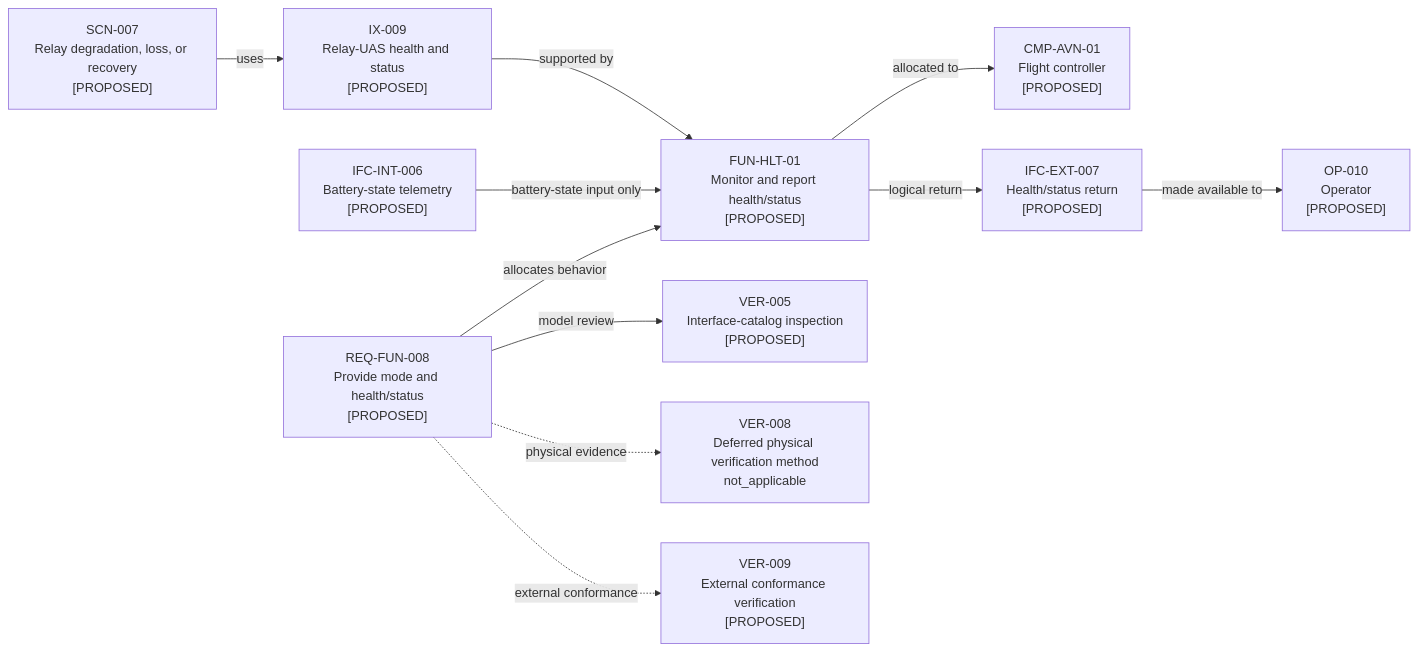
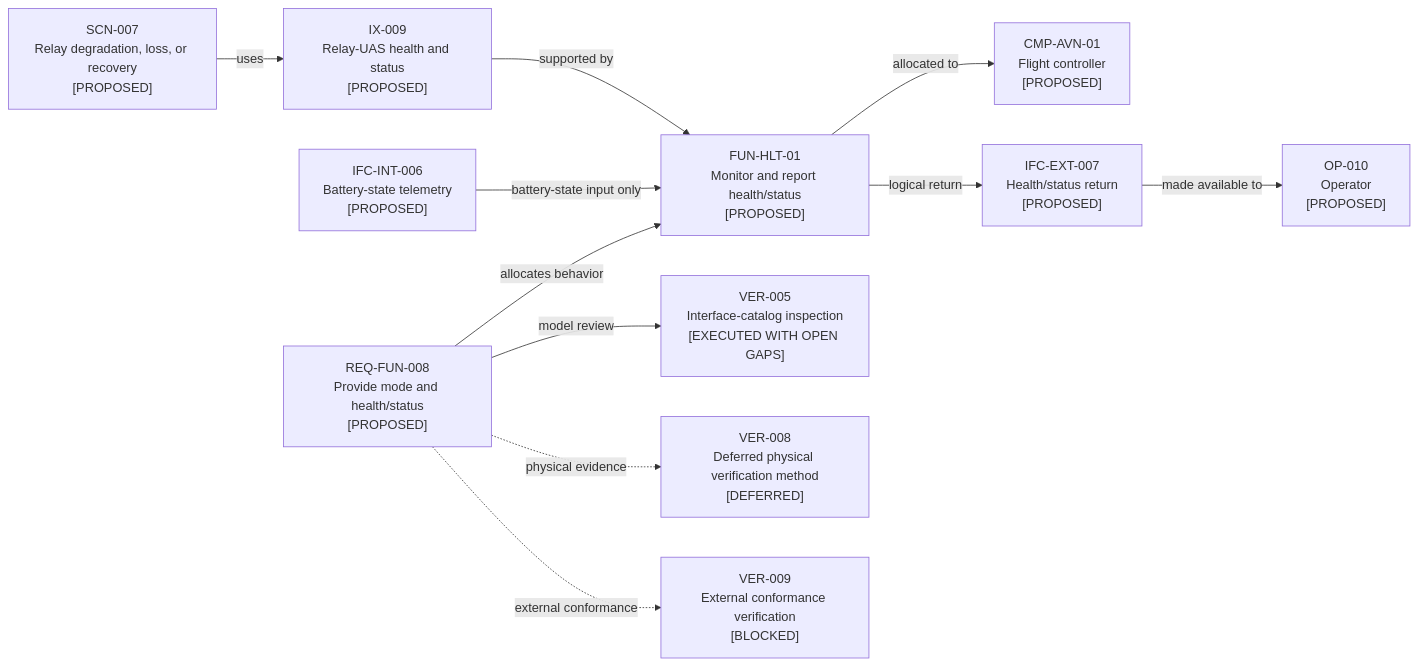
One commit to noahstephenson/low-cost-relay-uas changed diagram 17 of 22 in reports/architecture-views.md. Above: the diagram before and after it, drawn with Mermaid. The commit also changed other lines of this file and 11 other files, not shown here.

Commit message:
Record internal architecture verification baseline

````diff
--- a/reports/architecture-views.md
+++ b/reports/architecture-views.md
@@ -353,25 +390,25 @@
 ```mermaid
 flowchart LR
     %% Configuration scope: CFG-REP / CFG-DOM
     SCN_007["SCN-007<br/>Relay degradation, loss, or recovery<br/>[PROPOSED]"]
     IX_009["IX-009<br/>Relay-UAS health and status<br/>[PROPOSED]"]
     IFC_INT_006["IFC-INT-006<br/>Battery-state telemetry<br/>[PROPOSED]"]
     FUN_HLT_01["FUN-HLT-01<br/>Monitor and report health/status<br/>[PROPOSED]"]
     CMP_AVN_01["CMP-AVN-01<br/>Flight controller<br/>[PROPOSED]"]
     IFC_EXT_007["IFC-EXT-007<br/>Health/status return<br/>[PROPOSED]"]
     OP_010["OP-010<br/>Operator<br/>[PROPOSED]"]
     REQ_FUN_008["REQ-FUN-008<br/>Provide mode and health/status<br/>[PROPOSED]"]
-    VER_005["VER-005<br/>Interface-catalog inspection<br/>[PROPOSED]"]
-    VER_008["VER-008<br/>Deferred physical verification method<br/>not_applicable"]
-    VER_009["VER-009<br/>External conformance verification<br/>[PROPOSED]"]
+    VER_005["VER-005<br/>Interface-catalog inspection<br/>[EXECUTED WITH OPEN GAPS]"]
+    VER_008["VER-008<br/>Deferred physical verification method<br/>[DEFERRED]"]
+    VER_009["VER-009<br/>External conformance verification<br/>[BLOCKED]"]
     SCN_007 -->|"uses"| IX_009
     IX_009 -->|"supported by"| FUN_HLT_01
     IFC_INT_006 -->|"battery-state input only"| FUN_HLT_01
     FUN_HLT_01 -->|"allocated to"| CMP_AVN_01
     FUN_HLT_01 -->|"logical return"| IFC_EXT_007
     IFC_EXT_007 -->|"made available to"| OP_010
     REQ_FUN_008 -->|"allocates behavior"| FUN_HLT_01
     REQ_FUN_008 -->|"model review"| VER_005
     REQ_FUN_008 -.->|"physical evidence"| VER_008
     REQ_FUN_008 -.->|"external conformance"| VER_009
 ```
````
